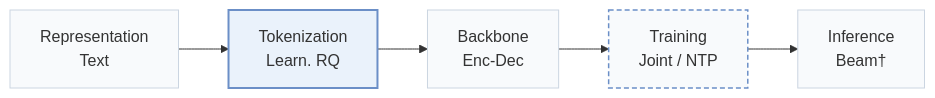
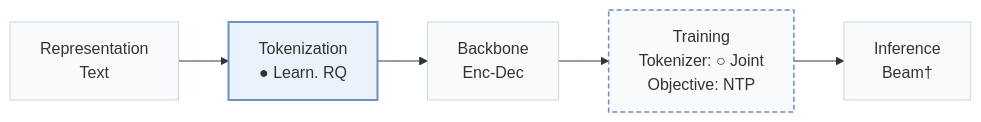
One commit to Galaxy-ghost/Awesome-SID-Generative-Rec changed the first of 2 diagrams in pages/papers/diger.md. Above: the diagram before and after it, drawn with Mermaid. The commit also changed other lines of this file and 558 other files, not shown here.

````diff
--- a/pages/papers/diger.md
+++ b/pages/papers/diger.md
@@ -15,10 +18,10 @@
 ```mermaid
 flowchart LR
-    R["Representation<br/>Text"] --> T["Tokenization<br/>Learn. RQ"] --> B["Backbone<br/>Enc-Dec"] --> TR["Training<br/>Joint / NTP"] --> I["Inference<br/>Beam†"]
+    R["Representation<br/>Text"] --> T["Tokenization<br/>● Learn. RQ"] --> B["Backbone<br/>Enc-Dec"] --> TR["Training<br/>Tokenizer: ○ Joint<br/>Objective: NTP"] --> I["Inference<br/>Beam†"]
     classDef base fill:#f8fafc,stroke:#cbd5e1
     class R,T,B,TR,I base
-    classDef also fill:#f8fafc,stroke:#6b8fc7,stroke-width:1.5px,stroke-dasharray:5 3
-    class TR also
+    classDef other fill:#f8fafc,stroke:#6b8fc7,stroke-width:1.5px,stroke-dasharray:5 3
+    class TR other
     classDef main fill:#eaf2fb,stroke:#6b8fc7,stroke-width:2px
     class T main
 ```
````
